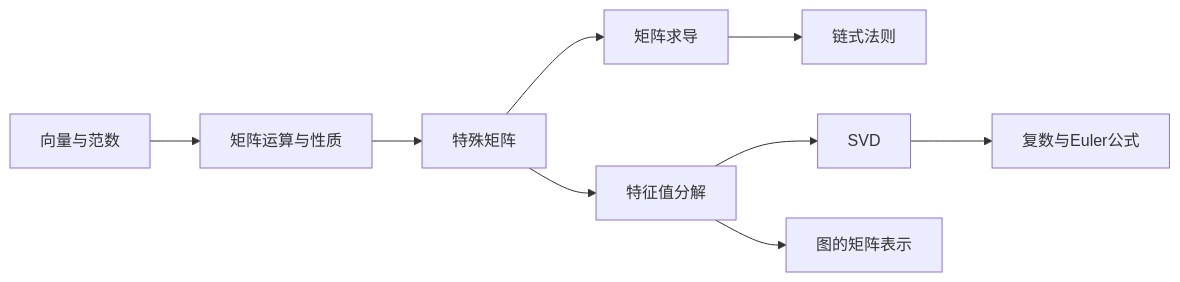
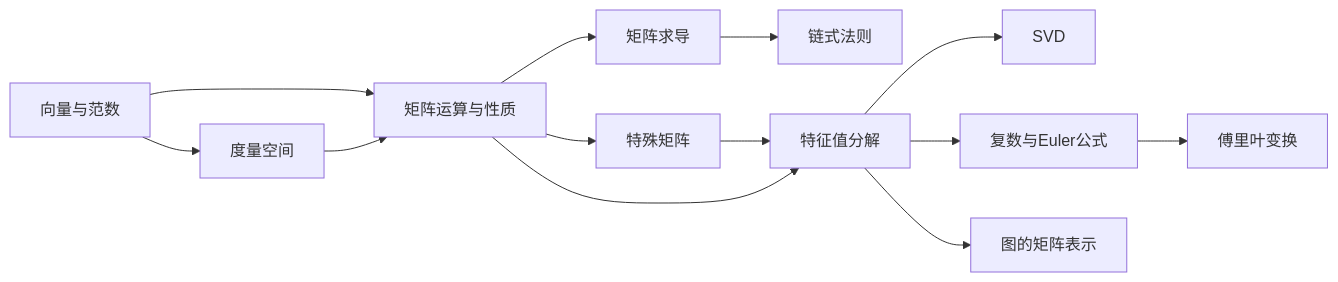
The diagram in docs/01-math/linear-algebra/index.md (Yaoyaolingbro/hello-dl), drawn with Mermaid before and after one commit. The commit also changed other lines of this file and 16 other files, not shown here.

````diff
--- a/docs/01-math/linear-algebra/index.md
+++ b/docs/01-math/linear-algebra/index.md
@@ -7,11 +7,15 @@
 ```mermaid
 graph LR
-    A[向量与范数] --> B[矩阵运算与性质]
-    B --> C[特殊矩阵]
-    C --> D[矩阵求导]
-    D --> E[链式法则]
-    C --> F[特征值分解]
-    F --> G[SVD]
-    G --> H[复数与Euler公式]
-    F --> K[图的矩阵表示]
+    A[向量与范数] --> B[度量空间]
+    A --> C[矩阵运算与性质]
+    B --> C
+    C --> D[特殊矩阵]
+    C --> E[矩阵求导]
+    E --> F[链式法则]
+    D --> G[特征值分解]
+    C --> G
+    G --> H[SVD]
+    G --> I[复数与Euler公式]
+    I --> J[傅里叶变换]
+    G --> K[图的矩阵表示]
 ```
````
